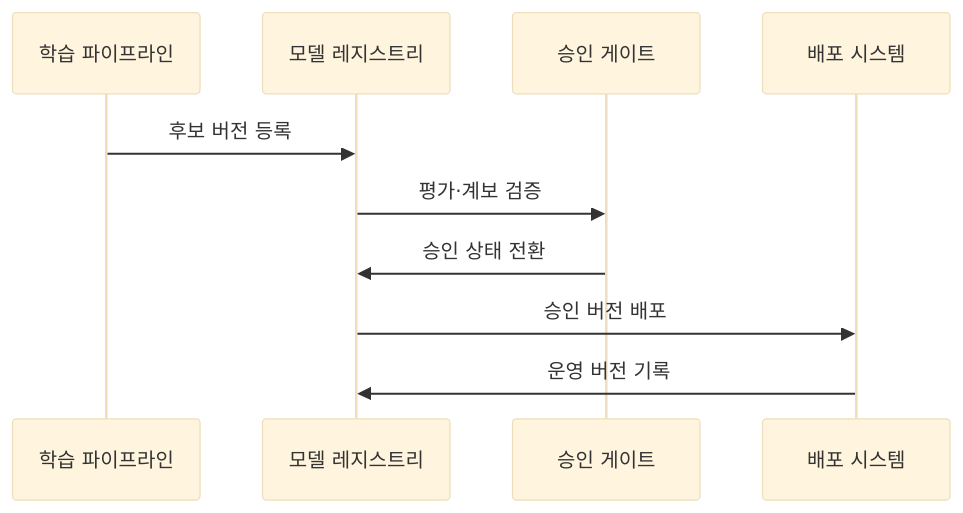
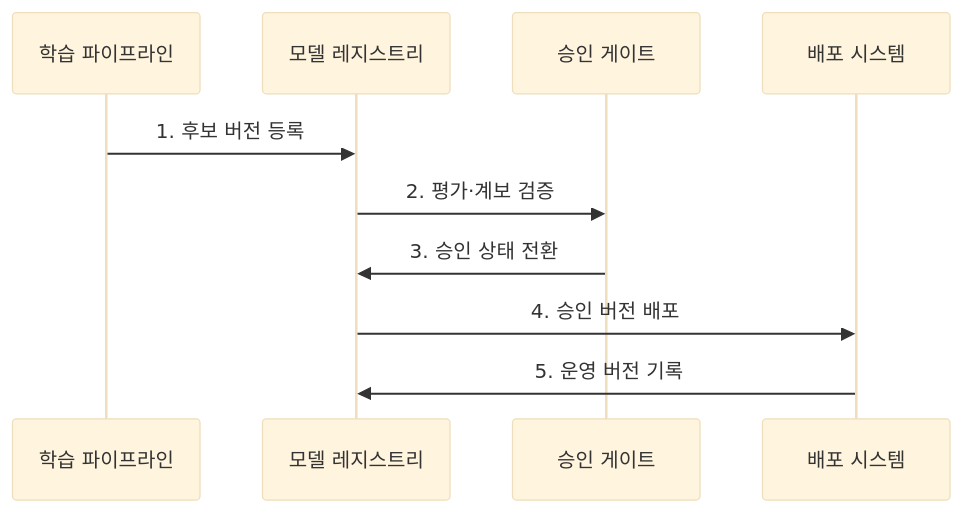
Before and after one commit to agnusdei1207/knowledge-base: the second of 2 diagrams in src/content/docs/notes/03-software/205_model_registry.md, drawn with Mermaid (base theme). The commit also changed other lines of this file and 20 other files, not shown here.

````diff
--- a/src/content/docs/notes/03-software/205_model_registry.md
+++ b/src/content/docs/notes/03-software/205_model_registry.md
@@ -90,12 +83,12 @@
 ```mermaid
 sequenceDiagram
     participant T as 학습 파이프라인
     participant R as 모델 레지스트리
     participant G as 승인 게이트
     participant D as 배포 시스템
-    T->>R: 후보 버전 등록
-    R->>G: 평가·계보 검증
-    G->>R: 승인 상태 전환
-    R->>D: 승인 버전 배포
-    D->>R: 운영 버전 기록
+    T->>R: 1. 후보 버전 등록
+    R->>G: 2. 평가·계보 검증
+    G->>R: 3. 승인 상태 전환
+    R->>D: 4. 승인 버전 배포
+    D->>R: 5. 운영 버전 기록
 ```
````
